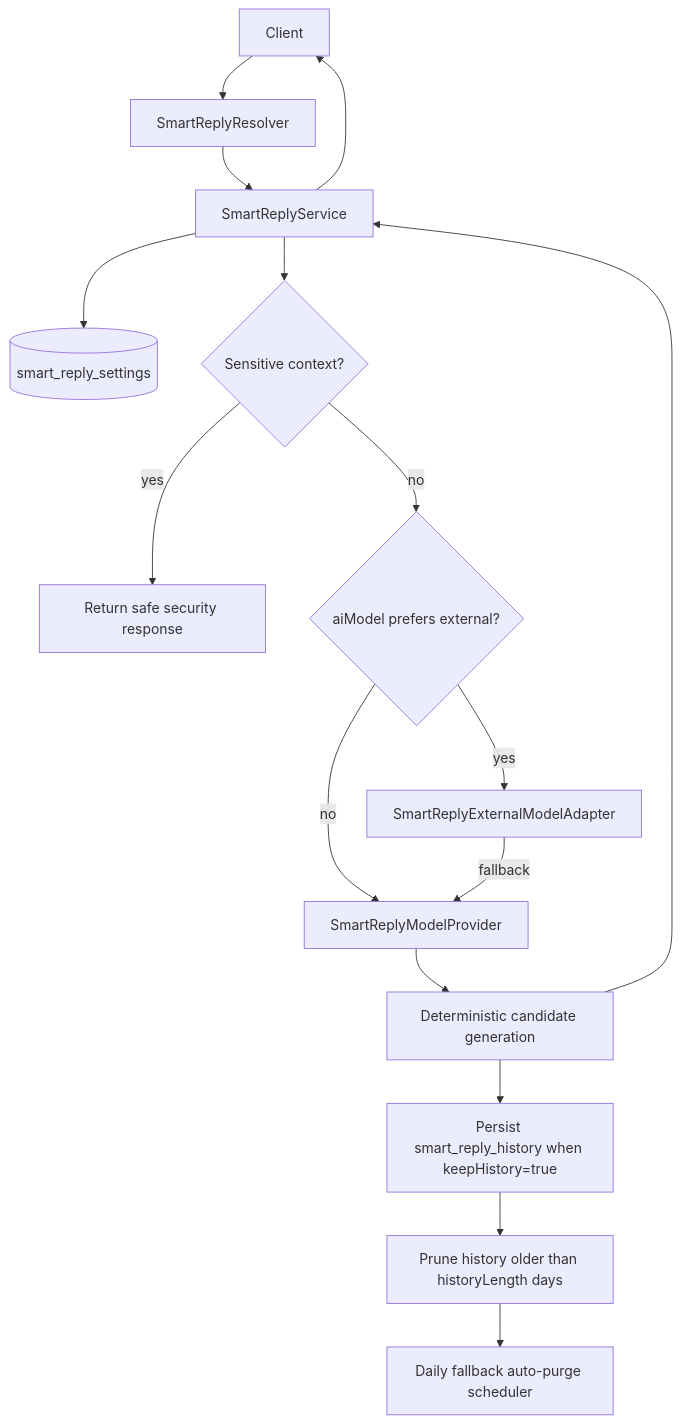
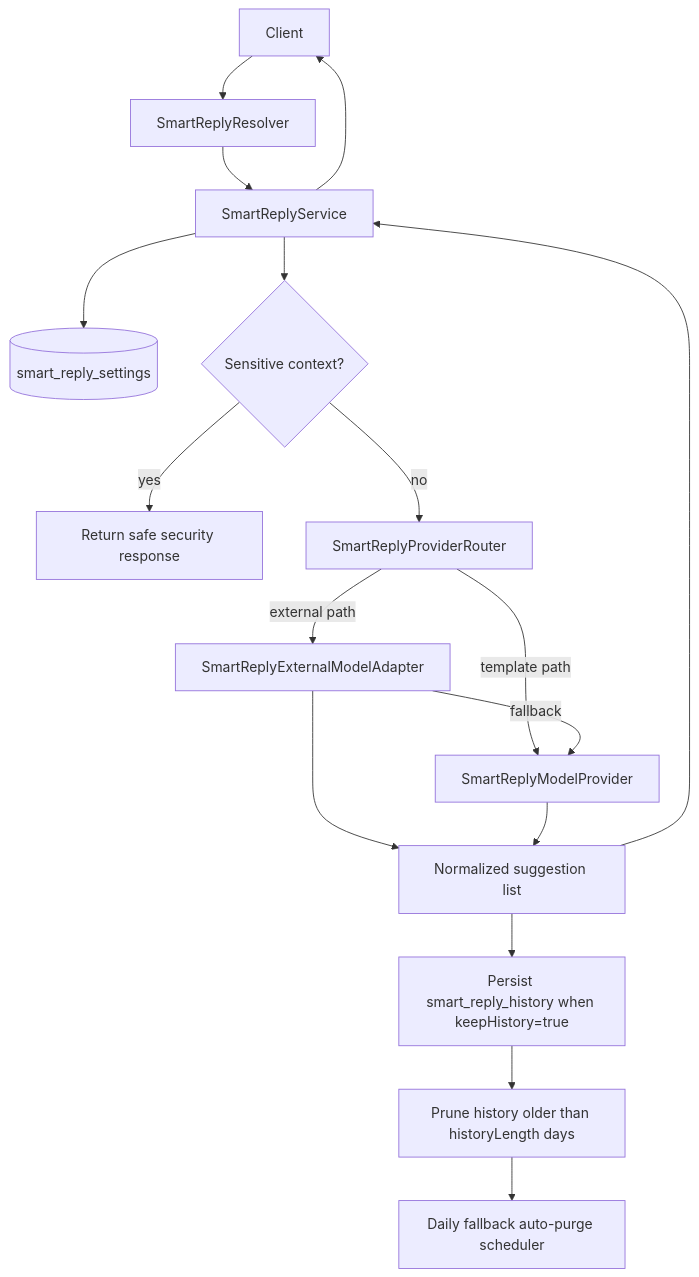
Before and after one commit to AmanVatsSharma/MailZen-Smart-Email-Management: the diagram in apps/backend/src/smart-replies/README.md, drawn with Mermaid. The commit also changed other lines of this file and 11 other files, not shown here.

Commit message:
Add configurable smart reply provider router interface

````diff
--- a/apps/backend/src/smart-replies/README.md
+++ b/apps/backend/src/smart-replies/README.md
@@ -31,18 +33,19 @@
 ```mermaid
 flowchart TD
   Client --> Resolver[SmartReplyResolver]
   Resolver --> Service[SmartReplyService]
   Service --> Settings[(smart_reply_settings)]
   Service --> Safety{Sensitive context?}
   Safety -->|yes| SafeReply[Return safe security response]
-  Safety -->|no| ModelRouter{aiModel prefers external?}
-  ModelRouter -->|yes| ExternalAdapter[SmartReplyExternalModelAdapter]
-  ModelRouter -->|no| ModelProvider[SmartReplyModelProvider]
+  Safety -->|no| ProviderRouter[SmartReplyProviderRouter]
+  ProviderRouter -->|external path| ExternalAdapter[SmartReplyExternalModelAdapter]
+  ProviderRouter -->|template path| ModelProvider[SmartReplyModelProvider]
   ExternalAdapter -->|fallback| ModelProvider
-  ModelProvider --> DeterministicCandidates[Deterministic candidate generation]
-  DeterministicCandidates --> History[Persist smart_reply_history when keepHistory=true]
+  ExternalAdapter --> Suggestions[Normalized suggestion list]
+  ModelProvider --> Suggestions
+  Suggestions --> History[Persist smart_reply_history when keepHistory=true]
   History --> Retention[Prune history older than historyLength days]
   Retention --> Scheduler[Daily fallback auto-purge scheduler]
-  DeterministicCandidates --> Service
+  Suggestions --> Service
   Service --> Client
 ```
````
